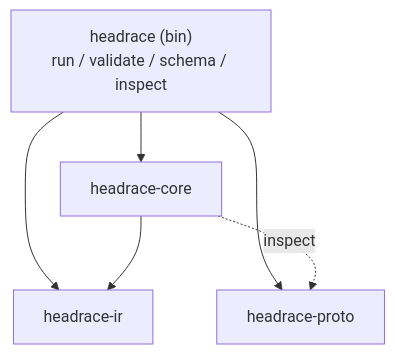
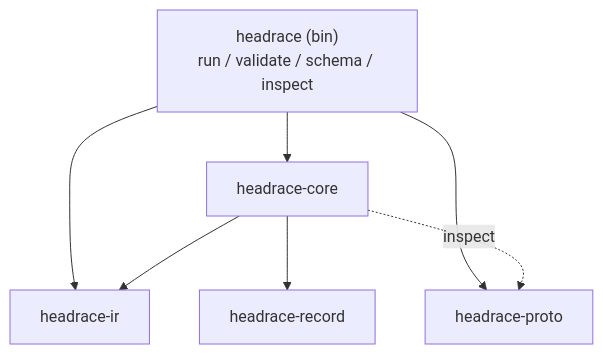
Before and after one commit to headrace-rs/headrace: the fifth of 7 diagrams in DESIGN.md, drawn with Mermaid. The commit also changed other lines of this file and 7 other files, not shown here.

````diff
--- a/DESIGN.md
+++ b/DESIGN.md
@@ -278,8 +278,9 @@
 ```mermaid
 flowchart TD
   cli["headrace (bin)<br/>run / validate / schema / inspect"] --> core[headrace-core]
   cli --> ir[headrace-ir]
   cli --> proto[headrace-proto]
   core --> ir
+  core --> record[headrace-record]
   core -.inspect.-> proto
 ```
````
